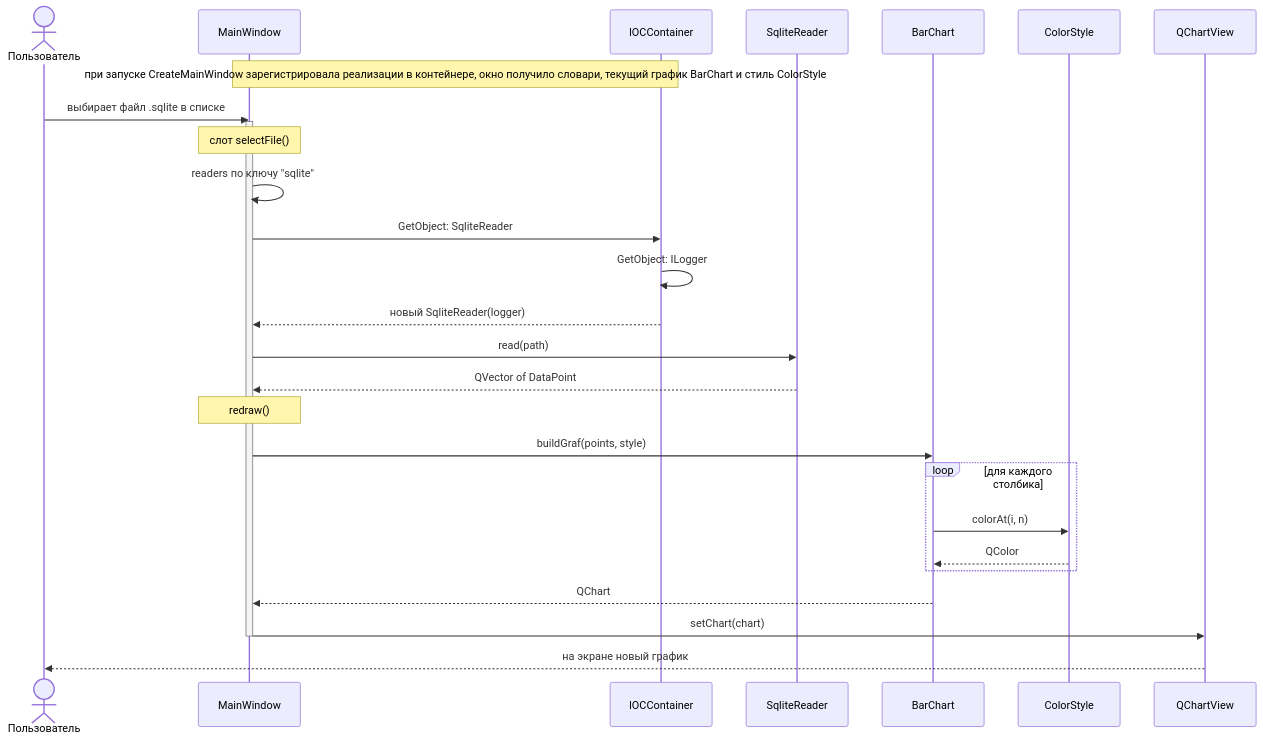
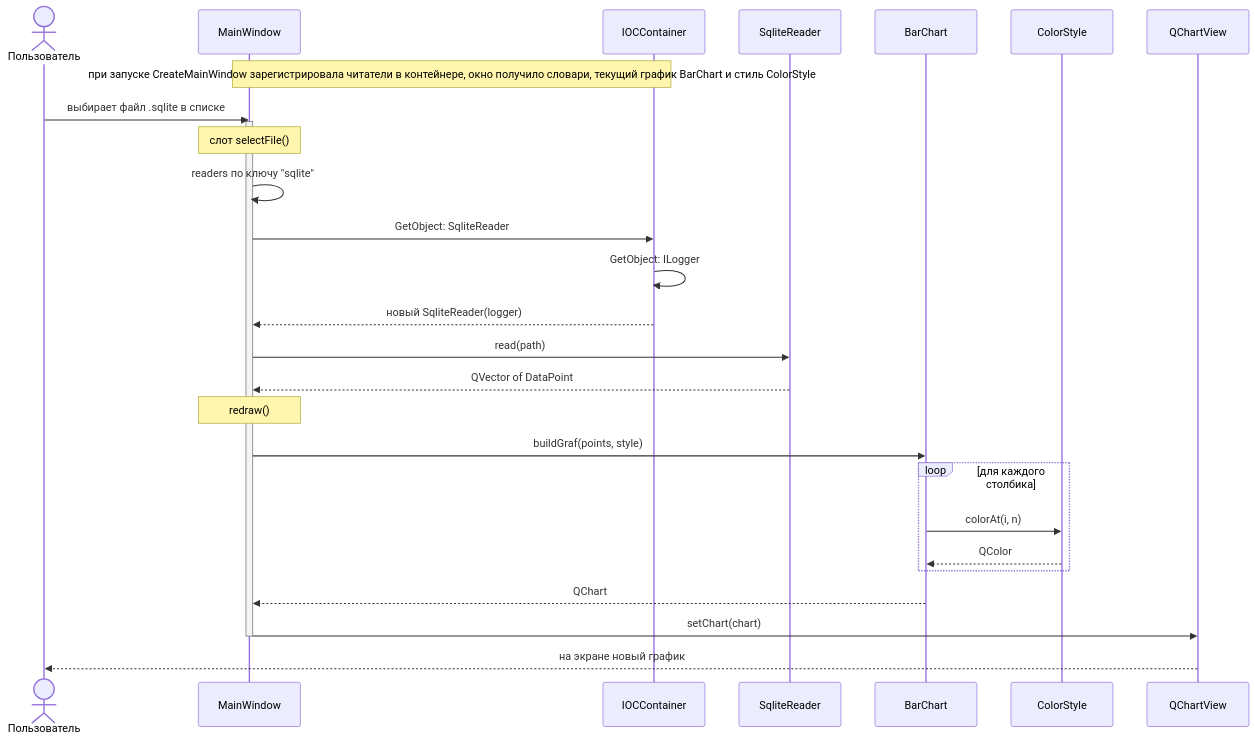
Before and after one commit to ytochkaa/widgets: the third of 4 diagrams in README.md, drawn with Mermaid. The commit also changed other lines of this file and 2 other files, not shown here.

````diff
--- a/README.md
+++ b/README.md
@@ -390,36 +391,36 @@
 ```mermaid
 sequenceDiagram
     actor User as Пользователь
     participant W as MainWindow
     participant C as IOCContainer
     participant R as SqliteReader
     participant G as BarChart
     participant S as ColorStyle
     participant V as QChartView
 
-    Note over W,C: при запуске CreateMainWindow зарегистрировала реализации в контейнере, окно получило словари, текущий график BarChart и стиль ColorStyle
+    Note over W,C: при запуске CreateMainWindow зарегистрировала читатели в контейнере, окно получило словари, текущий график BarChart и стиль ColorStyle
 
     User->>W: выбирает файл .sqlite в списке
     activate W
     Note over W: слот selectFile()
 
     W->>W: readers по ключу "sqlite"
     W->>C: GetObject: SqliteReader
     C->>C: GetObject: ILogger
     C-->>W: новый SqliteReader(logger)
 
     W->>R: read(path)
     R-->>W: QVector of DataPoint
 
     Note over W: redraw()
     W->>G: buildGraf(points, style)
     loop для каждого столбика
         G->>S: colorAt(i, n)
         S-->>G: QColor
     end
     G-->>W: QChart
 
     W->>V: setChart(chart)
     deactivate W
     V-->>User: на экране новый график
 ```
````
